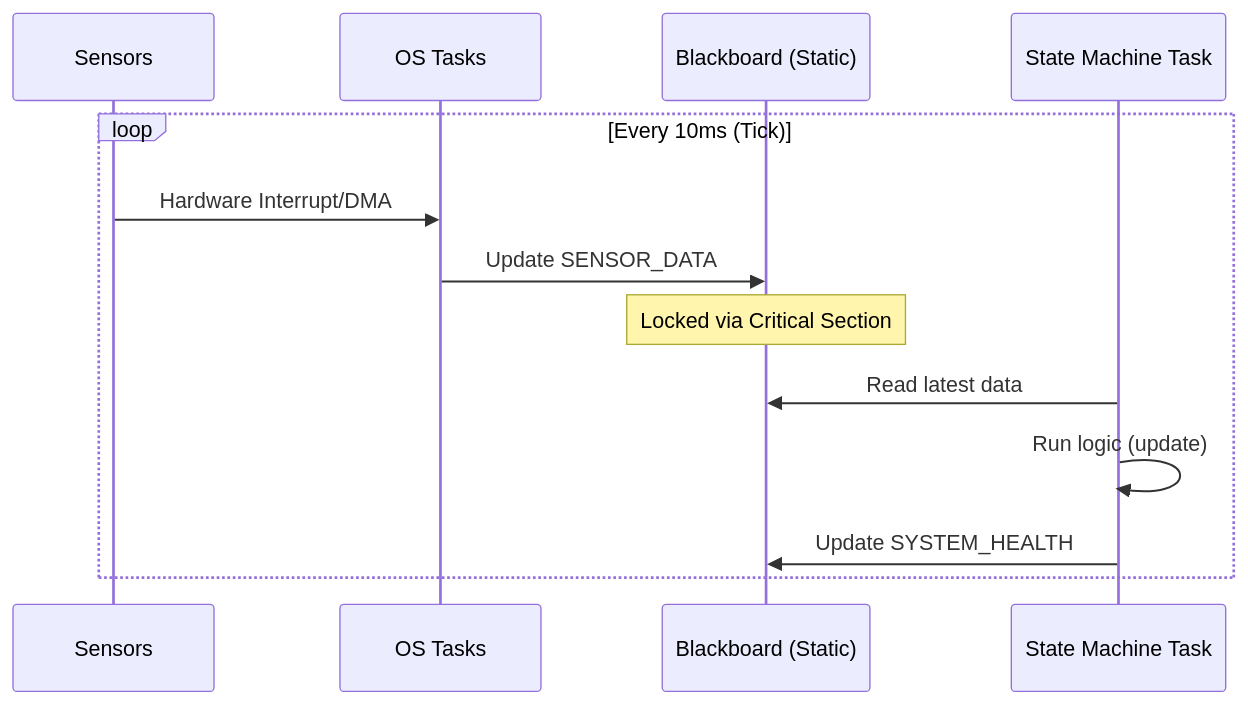
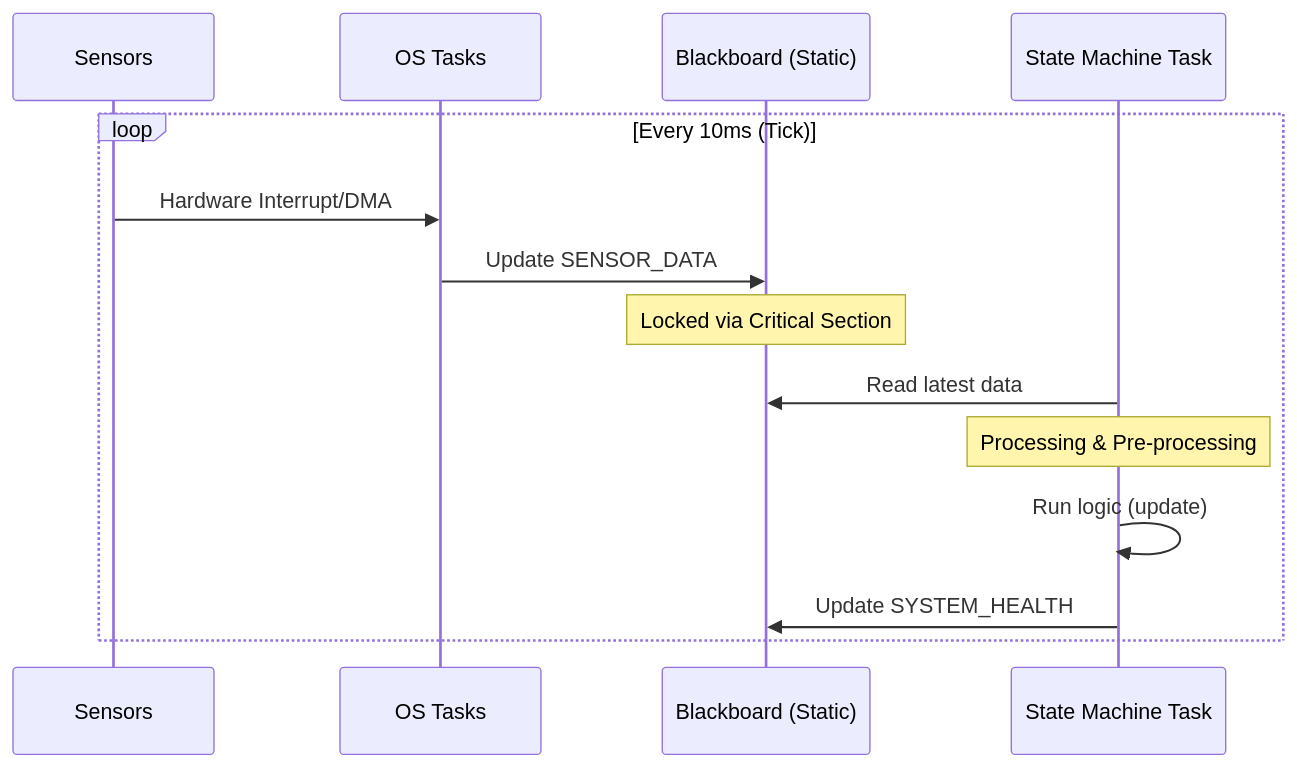
Before and after one commit to adamantbob/rocket_vR: the second of 3 diagrams in docs/architecture.md, drawn with Mermaid. The commit also changed other lines of this file, not shown here.

````diff
--- a/docs/architecture.md
+++ b/docs/architecture.md
@@ -65,16 +65,17 @@
 ```mermaid
 sequenceDiagram
     participant S as Sensors
     participant T as OS Tasks
     participant B as Blackboard (Static)
     participant SM as State Machine Task
 
     loop Every 10ms (Tick)
         S->>T: Hardware Interrupt/DMA
         T->>B: Update SENSOR_DATA
         Note over B: Locked via Critical Section
         SM->>B: Read latest data
+        Note over SM: Processing & Pre-processing
         SM->>SM: Run logic (update)
         SM->>B: Update SYSTEM_HEALTH
     end
 ```
````
